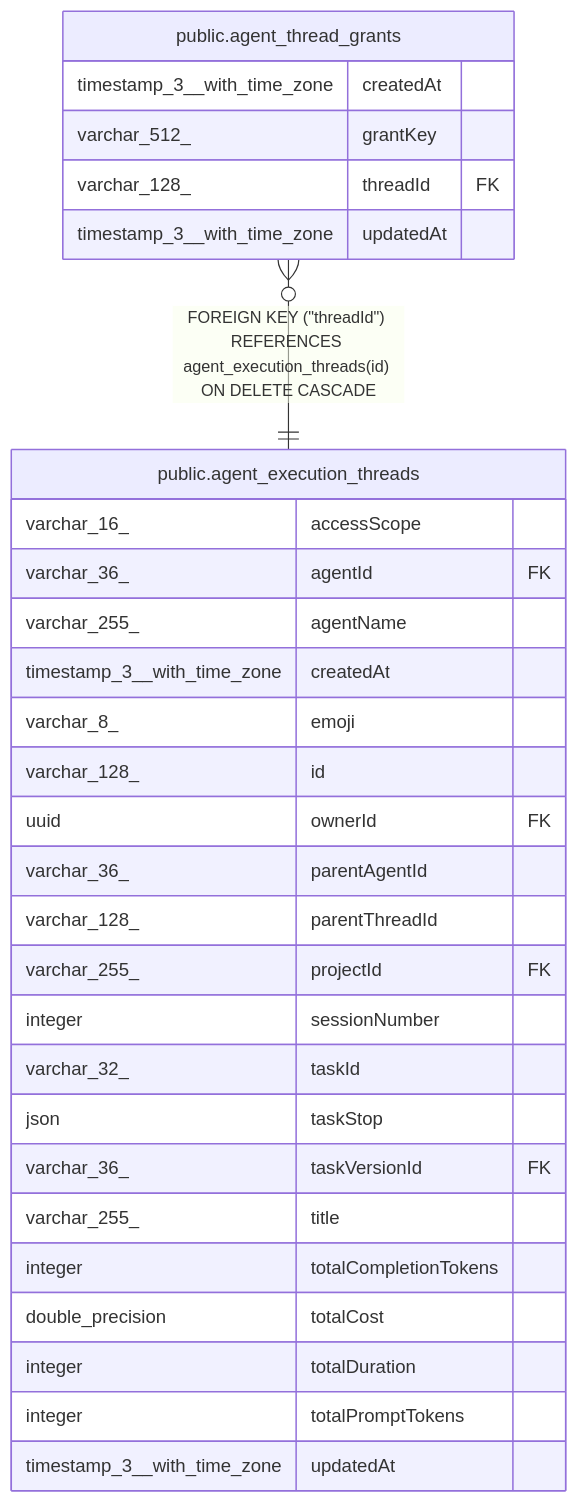
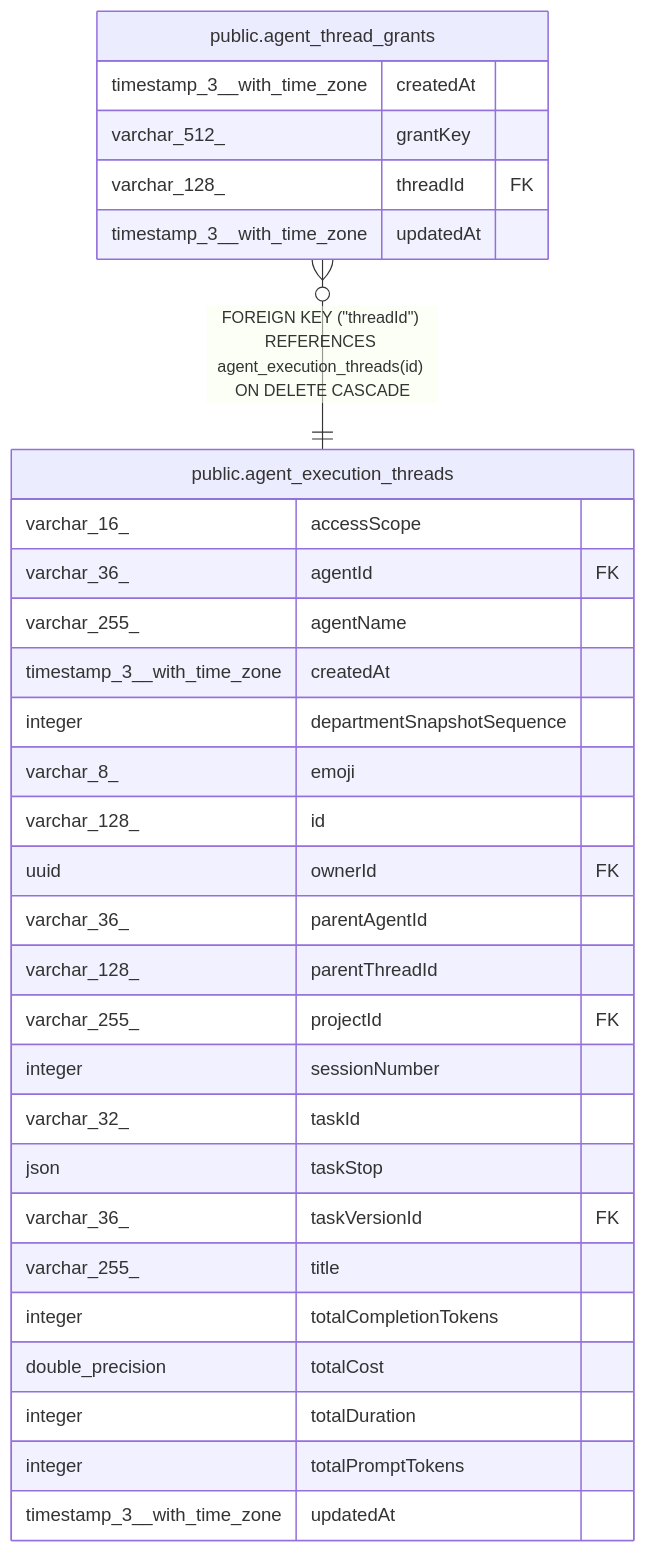
The diagram in docs/generated/postgres-schema/public.agent_thread_grants.md (haison1234/Nexora), drawn with Mermaid before and after one commit. The commit also changed 524 other files, not shown here.

````diff
--- a/docs/generated/postgres-schema/public.agent_thread_grants.md
+++ b/docs/generated/postgres-schema/public.agent_thread_grants.md
@@ -31,34 +31,35 @@
 ```mermaid
 erDiagram
 
 "public.agent_thread_grants" }o--|| "public.agent_execution_threads" : "FOREIGN KEY (#quot;threadId#quot;) REFERENCES agent_execution_threads(id) ON DELETE CASCADE"
 
 "public.agent_thread_grants" {
   timestamp_3__with_time_zone createdAt
   varchar_512_ grantKey
   varchar_128_ threadId FK
   timestamp_3__with_time_zone updatedAt
 }
 "public.agent_execution_threads" {
   varchar_16_ accessScope
   varchar_36_ agentId FK
   varchar_255_ agentName
   timestamp_3__with_time_zone createdAt
+  integer departmentSnapshotSequence
   varchar_8_ emoji
   varchar_128_ id
   uuid ownerId FK
   varchar_36_ parentAgentId
   varchar_128_ parentThreadId
   varchar_255_ projectId FK
   integer sessionNumber
   varchar_32_ taskId
   json taskStop
   varchar_36_ taskVersionId FK
   varchar_255_ title
   integer totalCompletionTokens
   double_precision totalCost
   integer totalDuration
   integer totalPromptTokens
   timestamp_3__with_time_zone updatedAt
 }
 ```
````
